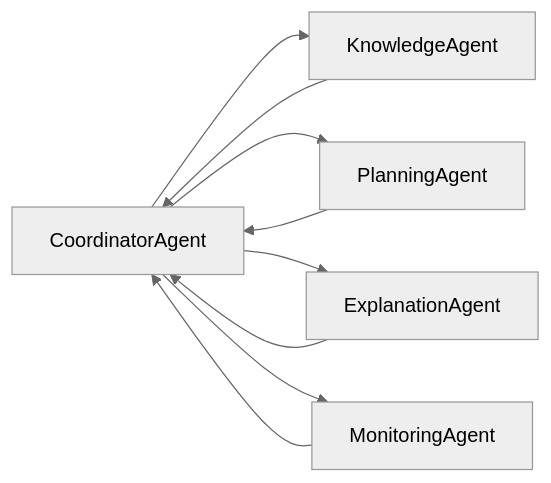
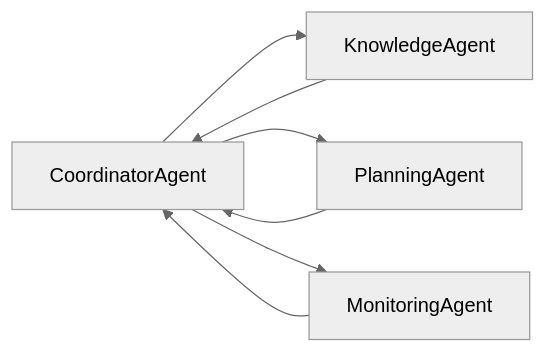
One commit to apekala/AASD changed the third of 15 diagrams in zz/raport_b/raport_b.md. Above: the diagram before and after it, drawn with Mermaid (neutral theme). The commit also changed other lines of this file and 8 other files, not shown here.

````diff
--- a/zz/raport_b/raport_b.md
+++ b/zz/raport_b/raport_b.md
@@ -377,16 +349,13 @@
 ```mermaid
 flowchart LR
     CA[CoordinatorAgent]
     KA[KnowledgeAgent]
     PA[PlanningAgent]
-    EA[ExplanationAgent]
     MA[MonitoringAgent]
     CA --> KA
     KA --> CA
     CA --> PA
     PA --> CA
-    CA --> EA
-    EA --> CA
     CA --> MA
     MA --> CA
 ```
````
